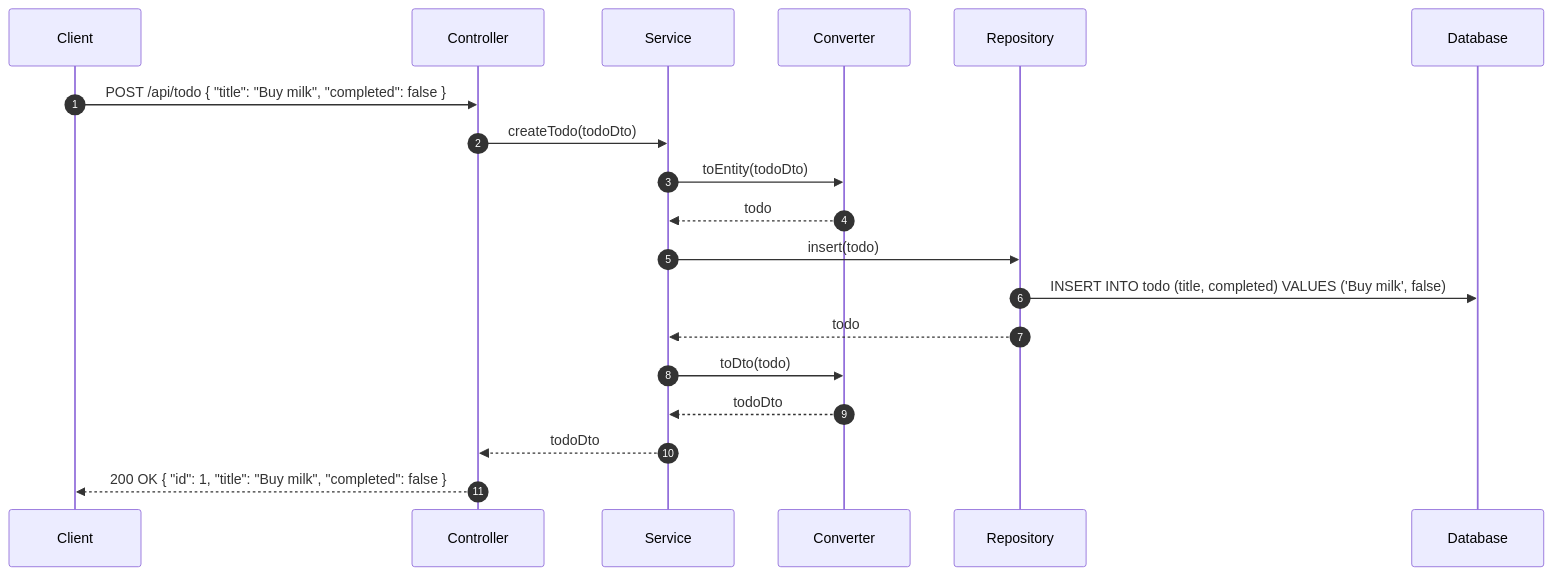
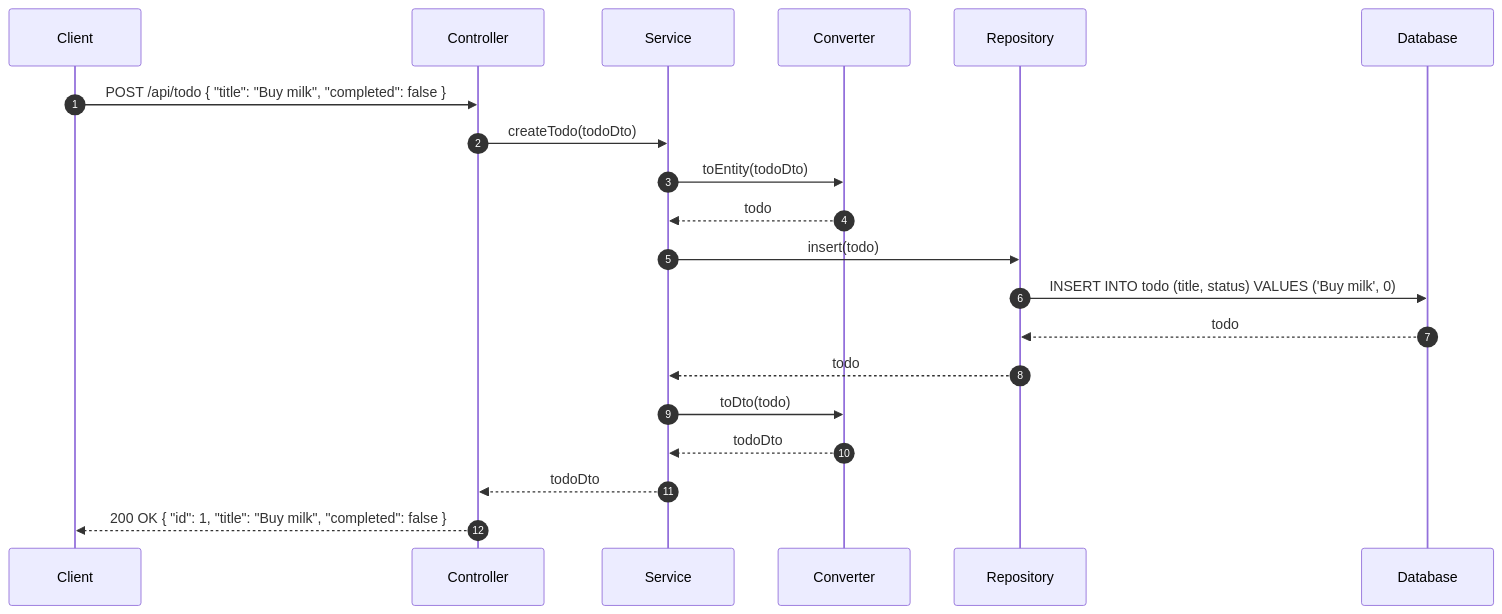
The diagram in docs/Architecture.md (wakusan61/spring-todo), drawn with Mermaid before and after one commit. The commit also changed other lines of this file and 2 other files, not shown here.

````diff
--- a/docs/Architecture.md
+++ b/docs/Architecture.md
@@ -5,22 +5,23 @@
 ```mermaid
 sequenceDiagram
     autonumber
     participant Cl as Client
     participant Ct as Controller
     participant S  as Service
     participant C  as Converter
     participant R  as Repository
     participant D  as Database
     
     Cl ->> Ct: POST /api/todo { "title": "Buy milk", "completed": false }
     Ct ->> S: createTodo(todoDto)
     S ->> C: toEntity(todoDto)
     C -->> S: todo
     S ->> R: insert(todo)
-    R ->> D: INSERT INTO todo (title, completed) VALUES ('Buy milk', false)
+    R ->> D: INSERT INTO todo (title, status) VALUES ('Buy milk', 0)
+    D -->> R: todo
     R -->> S: todo
     S ->> C: toDto(todo)
     C -->> S: todoDto
     S -->> Ct: todoDto
     Ct -->> Cl: 200 OK { "id": 1, "title": "Buy milk", "completed": false }
 ```
````
